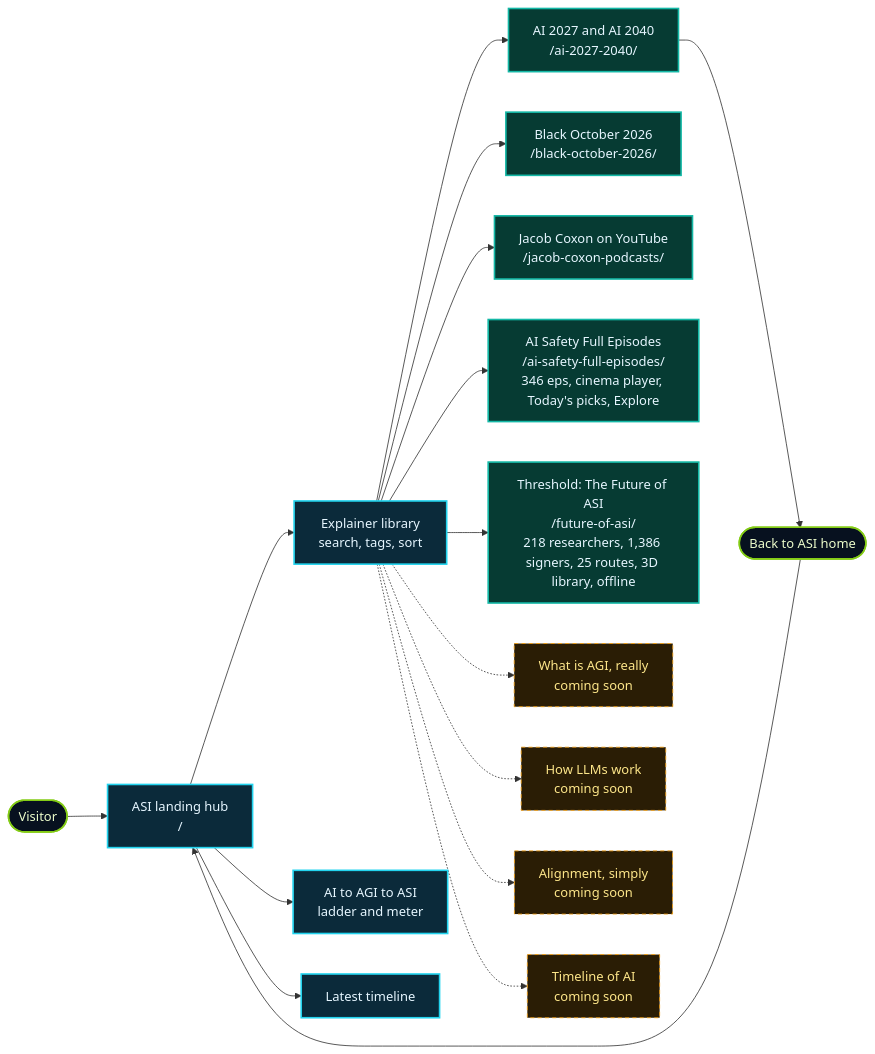
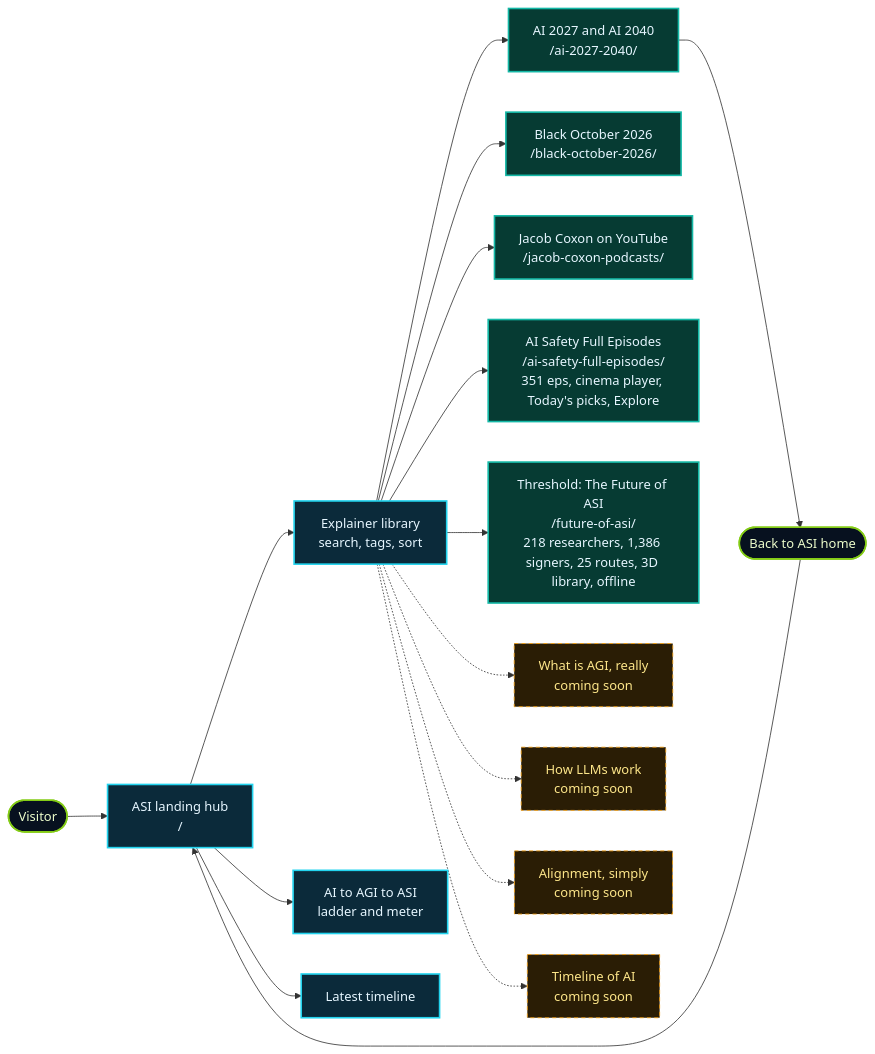
The first of 14 diagrams in README.md (lo3elyon/ASI), drawn with Mermaid before and after one commit. The commit also changed other lines of this file, not shown here.

Commit message:
ai-safety-full-episodes: 5 new transcript-verified ILIAD III episodes from the 20:00 sweep (351 episodes): README.md

````diff
--- a/README.md
+++ b/README.md
@@ -71,26 +71,26 @@
 ```mermaid
 flowchart LR
     V(["Visitor"]) --> H["ASI landing hub<br/>/"]
     H --> L["Explainer library<br/>search, tags, sort"]
     H --> G["AI to AGI to ASI<br/>ladder and meter"]
     H --> T["Latest timeline"]
     L --> E1["AI 2027 and AI 2040<br/>/ai-2027-2040/"]
     L --> E6["Black October 2026<br/>/black-october-2026/"]
     L --> E7["Jacob Coxon on YouTube<br/>/jacob-coxon-podcasts/"]
-    L --> E8["AI Safety Full Episodes<br/>/ai-safety-full-episodes/<br/>346 eps, cinema player, Today's picks, Explore"]
+    L --> E8["AI Safety Full Episodes<br/>/ai-safety-full-episodes/<br/>351 eps, cinema player, Today's picks, Explore"]
     L --> E9["Threshold: The Future of ASI<br/>/future-of-asi/<br/>218 researchers, 1,386 signers, 25 routes, 3D library, offline"]
     L -.-> E2["What is AGI, really<br/>coming soon"]
     L -.-> E3["How LLMs work<br/>coming soon"]
     L -.-> E4["Alignment, simply<br/>coming soon"]
     L -.-> E5["Timeline of AI<br/>coming soon"]
     E1 --> B(["Back to ASI home"])
     B --> H
     classDef hub fill:#0b2a3a,stroke:#22d3ee,stroke-width:2px,color:#e6f6ff
     classDef live fill:#063b33,stroke:#14b8a6,stroke-width:2px,color:#e6f6ff
     classDef soon fill:#2a1d05,stroke:#f59e0b,stroke-dasharray:5 4,color:#fde68a
     classDef user fill:#07111f,stroke:#84cc16,stroke-width:2px,color:#ecfccb
     class H,L,G,T hub
     class E1,E6,E7,E8,E9 live
     class E2,E3,E4,E5 soon
     class V,B user
 ```
````
